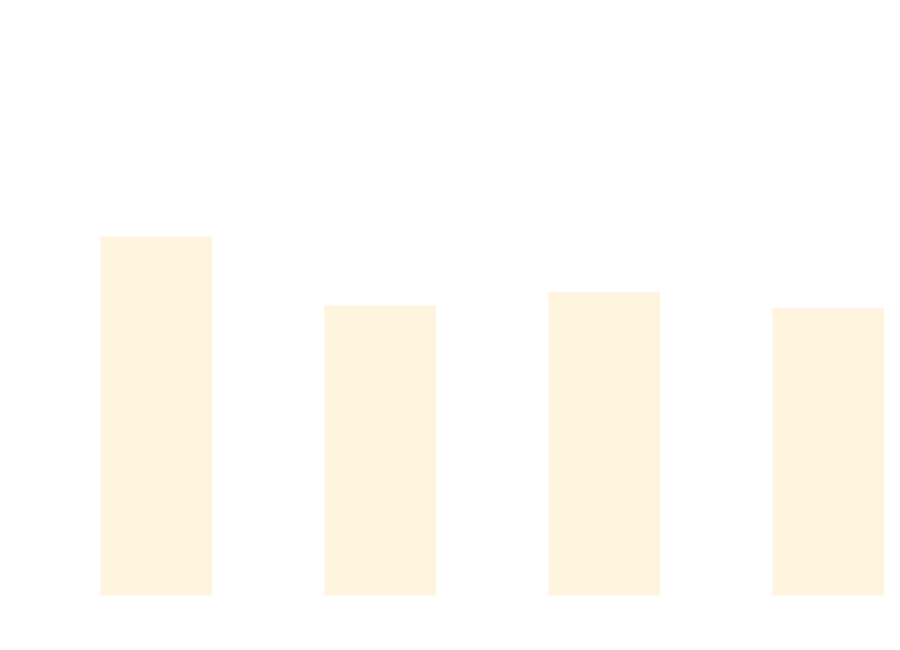
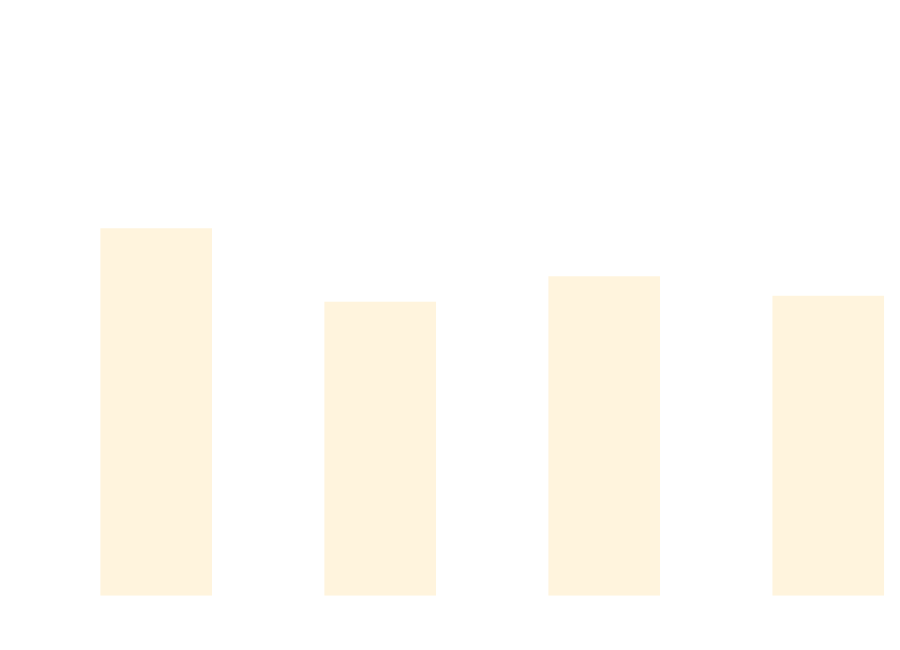
The diagram in docs/docs/benchmarks/BuildTime.md (thomhurst/TUnit), drawn with Mermaid before and after one commit. The commit also changed other lines of this file and 17 other files, not shown here.

````diff
--- a/docs/docs/benchmarks/BuildTime.md
+++ b/docs/docs/benchmarks/BuildTime.md
@@ -28,37 +28,37 @@
 ```mermaid
 %%{init: {
   'theme':'base',
   'themeVariables': {
     'primaryColor': '#2563eb',
     'primaryTextColor': '#ffffff',
     'primaryBorderColor': '#1e40af',
     'lineColor': '#6b7280',
     'secondaryColor': '#7c3aed',
     'tertiaryColor': '#dc2626',
     'background': '#ffffff',
     'mainBkg': '#2563eb',
     'secondBkg': '#7c3aed',
     'tertiaryBkg': '#dc2626',
     'clusterBkg': '#f3f4f6',
     'edgeLabelBackground': '#ffffff',
     'tertiaryTextColor': '#1f2937',
     'pie1': '#2563eb',
     'pie2': '#7c3aed',
     'pie3': '#dc2626',
     'pie4': '#f59e0b',
     'pie5': '#10b981',
     'pie6': '#06b6d4',
     'pie7': '#ec4899',
     'pie8': '#6366f1',
     'pie9': '#84cc16',
     'pie10': '#f97316',
     'pie11': '#14b8a6',
     'pie12': '#a855f7'
   }
 }}%%
 xychart-beta
   title "Build Time Comparison"
   x-axis ["Build_TUnit", "Build_NUnit", "Build_MSTest", "Build_xUnit3"]
   y-axis "Time (s)" 0 --> 3
-  bar [2.06, 1.653, 1.731, 1.637]
+  bar [2.108, 1.675, 1.825, 1.71]
 ```
````
